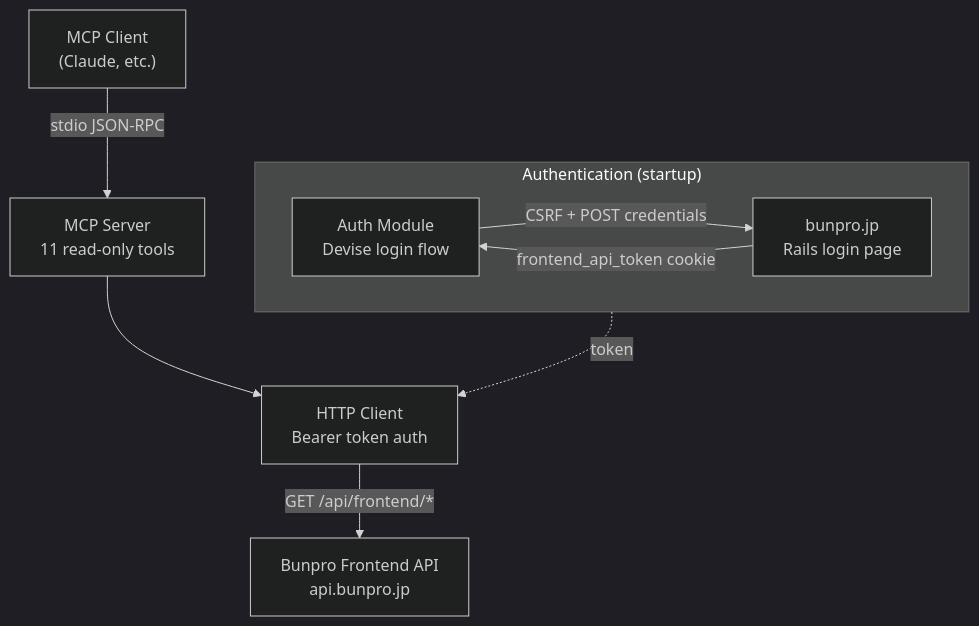
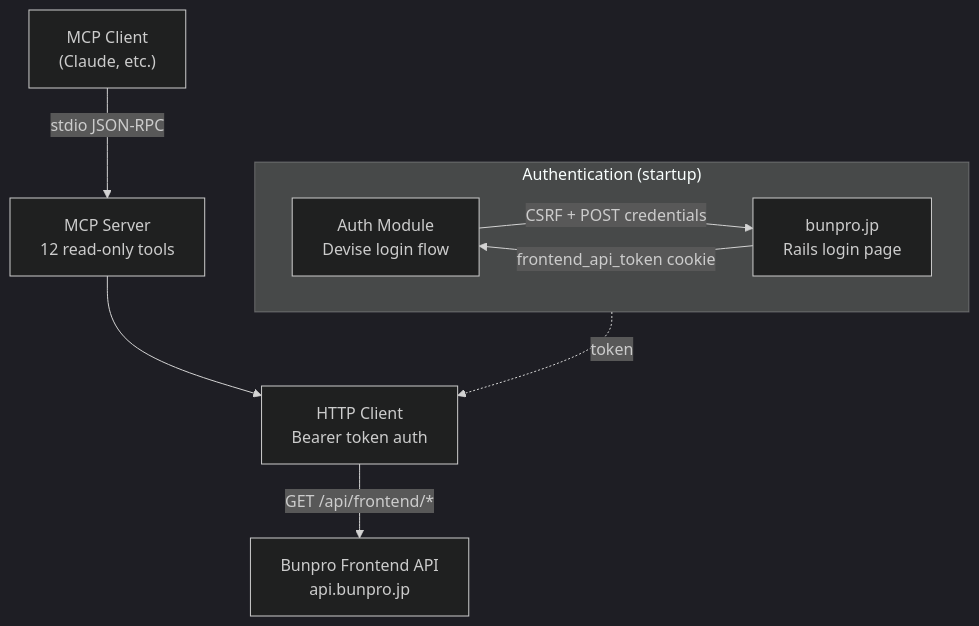
Before and after one commit to jbeshir/mcp-servers: the first of 2 diagrams in bunpro/README.md, drawn with Mermaid (dark theme). The commit also changed other lines of this file and 31 other files, not shown here.

````diff
--- a/bunpro/README.md
+++ b/bunpro/README.md
@@ -18,21 +18,21 @@
 ```mermaid
 graph TD
     MCP["MCP Client<br/>(Claude, etc.)"]
-    SRV["MCP Server<br/>11 read-only tools"]
+    SRV["MCP Server<br/>12 read-only tools"]
     CLI["HTTP Client<br/>Bearer token auth"]
     API["Bunpro Frontend API<br/>api.bunpro.jp"]
 
     MCP -->|"stdio JSON-RPC"| SRV
     SRV --> CLI
     CLI -->|"GET /api/frontend/*"| API
 
     subgraph "Authentication (startup)"
         direction LR
         LOGIN["Auth Module<br/>Devise login flow"]
         SITE["bunpro.jp<br/>Rails login page"]
         LOGIN -->|"CSRF + POST credentials"| SITE
         SITE -->|"frontend_api_token cookie"| LOGIN
     end
 
     LOGIN -.->|"token"| CLI
 ```
````
